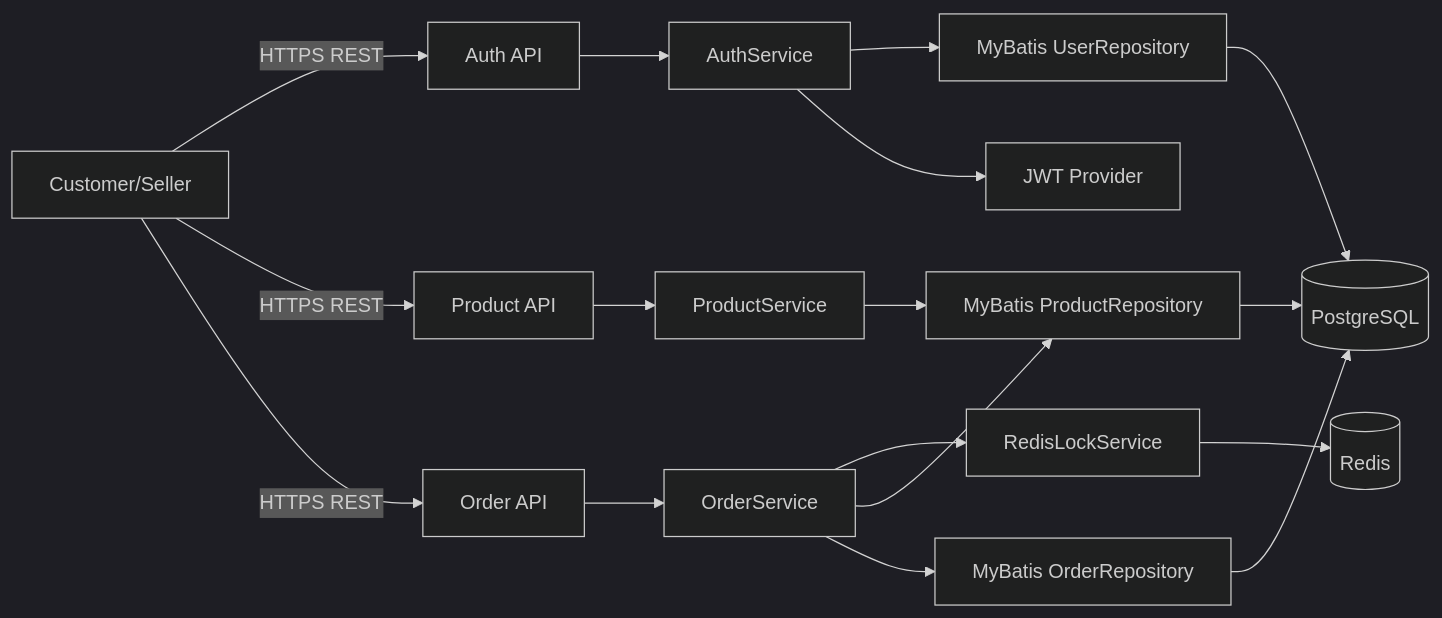
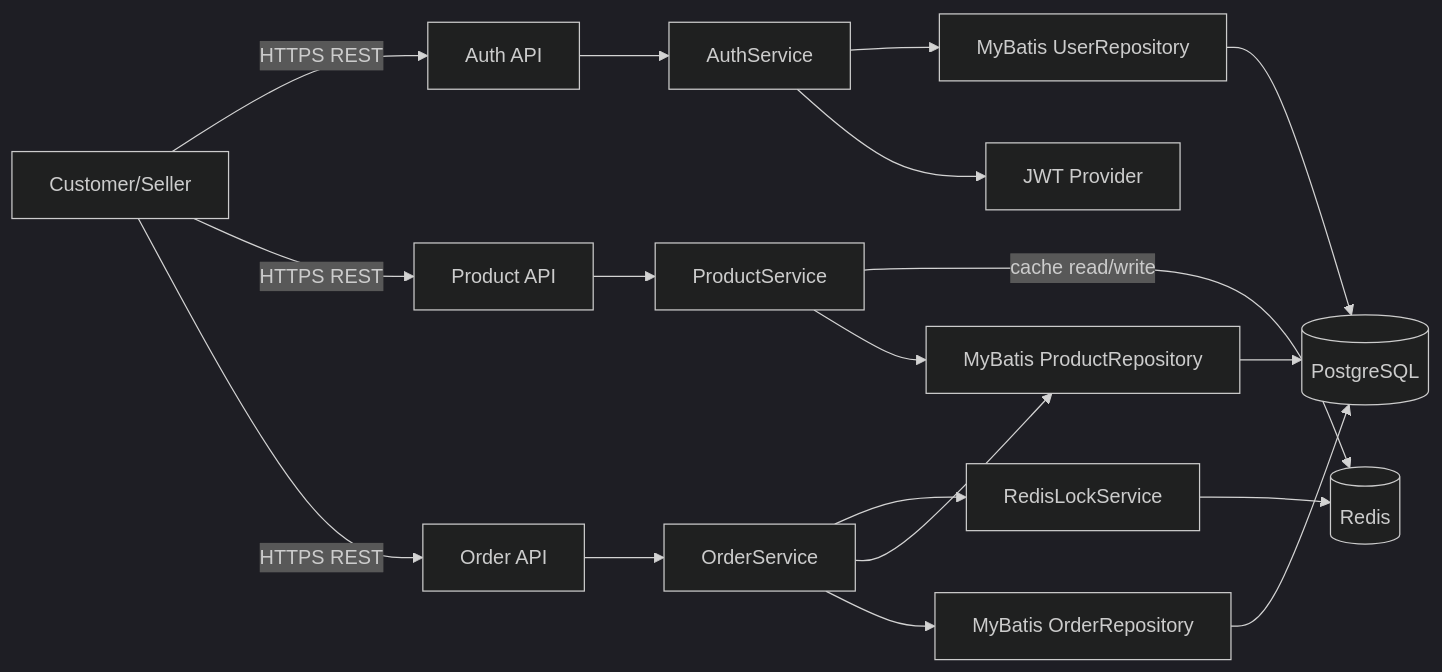
The diagram in docs/architecture.md (hyosikKim98/shoppingmall), drawn with Mermaid (dark theme) before and after one commit. The commit also changed other lines of this file, not shown here.

````diff
--- a/docs/architecture.md
+++ b/docs/architecture.md
@@ -3,34 +3,35 @@
 ```mermaid
 flowchart LR
     U[Customer/Seller]
     A[Auth API]
     P[Product API]
     O[Order API]
     S1[AuthService]
     S2[ProductService]
     S3[OrderService]
     M1[MyBatis UserRepository]
     M2[MyBatis ProductRepository]
     M3[MyBatis OrderRepository]
     DB[(PostgreSQL)]
     RL[RedisLockService]
     R[(Redis)]
     J[JWT Provider]
 
     U -->|HTTPS REST| A
     U -->|HTTPS REST| P
     U -->|HTTPS REST| O
     A --> S1
     P --> S2
     O --> S3
     S1 --> M1
     S1 --> J
+    S2 -->|cache read/write| R
     S2 --> M2
     S3 --> RL
     RL --> R
     S3 --> M2
     S3 --> M3
     M1 --> DB
     M2 --> DB
     M3 --> DB
 ```
````
